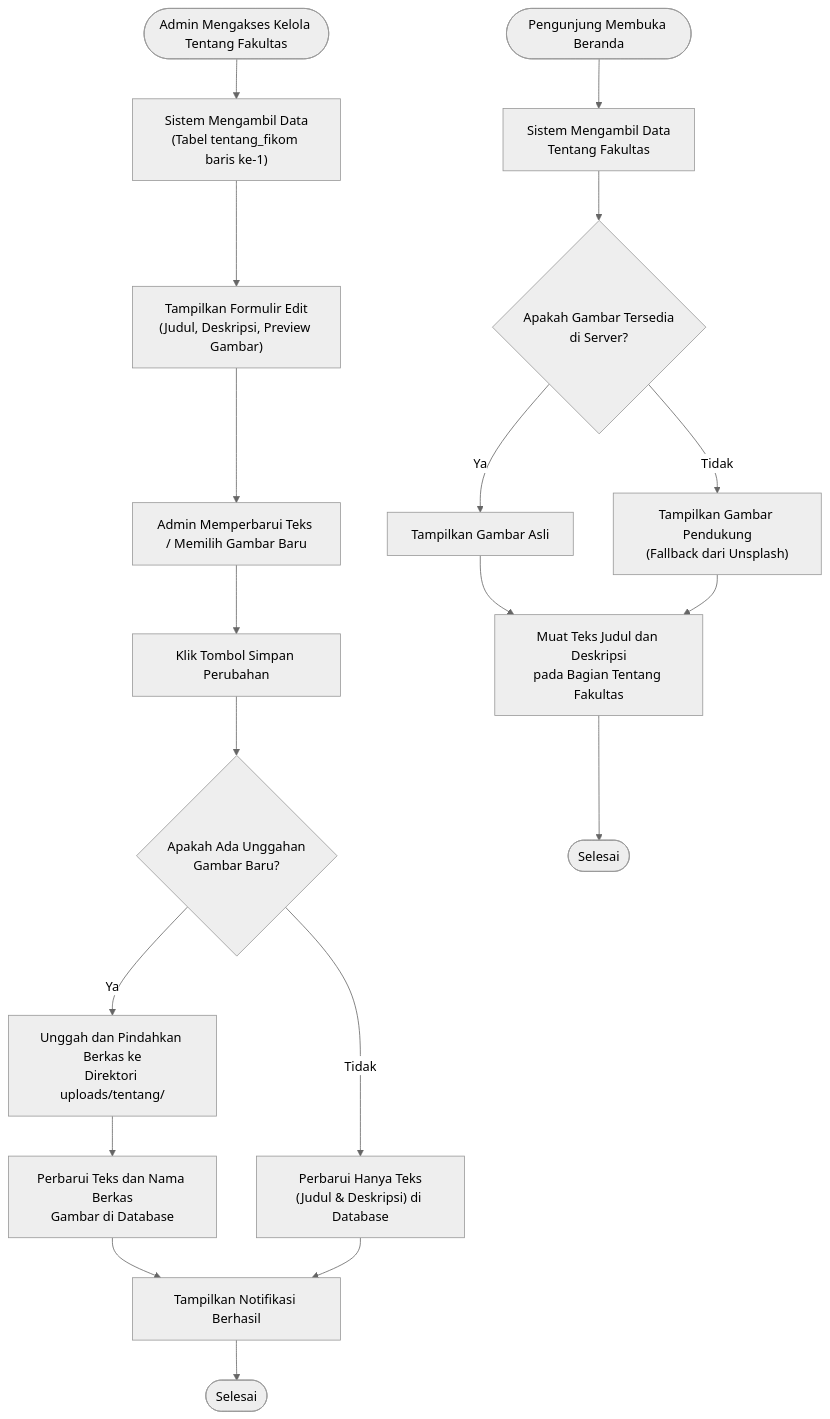
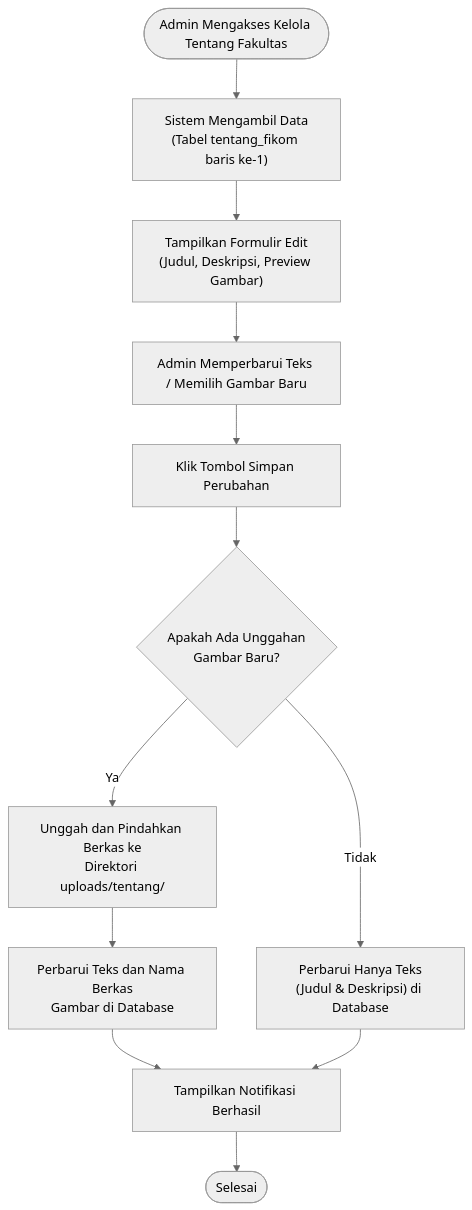
The fifth of 5 diagrams in docs/activity_diagram_profil.md (arbain-dev/Web_fikom), drawn with Mermaid (neutral theme) before and after one commit.

Commit message:
docs: hapus alur publik dari activity diagram tentang fakultas

````diff
--- a/docs/activity_diagram_profil.md
+++ b/docs/activity_diagram_profil.md
@@ -118,29 +118,20 @@
 ```mermaid
 flowchart TD
     %% Alur Admin
     StartAdmin([Admin Mengakses Kelola Tentang Fakultas]) --> FetchData["Sistem Mengambil Data<br>(Tabel tentang_fikom baris ke-1)"]
     FetchData --> DisplayForm["Tampilkan Formulir Edit<br>(Judul, Deskripsi, Preview Gambar)"]
     
     DisplayForm --> AdminEdit["Admin Memperbarui Teks / Memilih Gambar Baru"]
     AdminEdit --> Submit["Klik Tombol Simpan Perubahan"]
     
     Submit --> CheckImg{"Apakah Ada Unggahan<br>Gambar Baru?"}
     
     CheckImg -- "Ya" --> UploadProcess["Unggah dan Pindahkan Berkas ke<br>Direktori uploads/tentang/"]
     UploadProcess --> UpdateAll["Perbarui Teks dan Nama Berkas<br>Gambar di Database"]
     
     CheckImg -- "Tidak" --> UpdateText["Perbarui Hanya Teks<br>(Judul & Deskripsi) di Database"]
     
     UpdateAll --> Notify["Tampilkan Notifikasi Berhasil"]
     UpdateText --> Notify
     Notify --> EndAdmin([Selesai])
-    
-    %% Alur Publik
-    StartPublic([Pengunjung Membuka Beranda]) --> QueryPublic["Sistem Mengambil Data<br>Tentang Fakultas"]
-    QueryPublic --> CheckFallback{"Apakah Gambar Tersedia<br>di Server?"}
-    CheckFallback -- "Ya" --> RenderActual["Tampilkan Gambar Asli"]
-    CheckFallback -- "Tidak" --> RenderFallback["Tampilkan Gambar Pendukung<br>(Fallback dari Unsplash)"]
-    RenderActual --> RenderSection["Muat Teks Judul dan Deskripsi<br>pada Bagian Tentang Fakultas"]
-    RenderFallback --> RenderSection
-    RenderSection --> EndPublic([Selesai])
 ```
````
